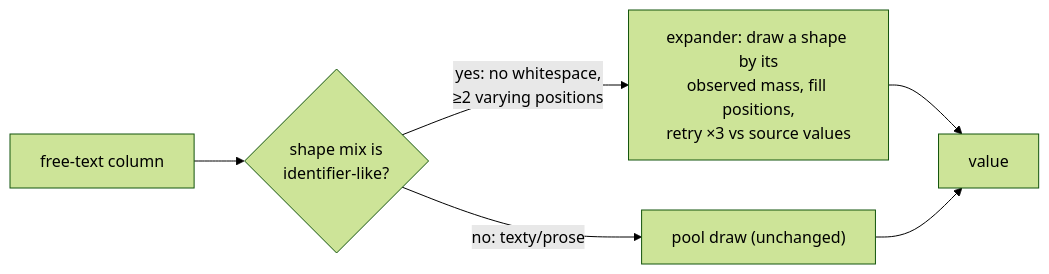
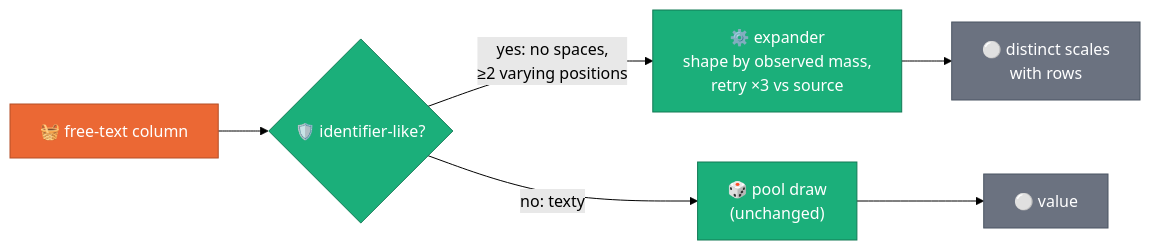
The third of 5 diagrams in docs/designs/2026-08-05-freetext-expansion-modes.md (albertols/synthetic-llm-dataflow-bigquery), drawn with Mermaid (forest theme) before and after one commit. The commit also changed other lines of this file and 1 other file, not shown here.

First line of the commit message:
docs(designs): iconified, class-styled expansion diagrams + CPU/GPU split per mode

````diff
--- a/docs/designs/2026-08-05-freetext-expansion-modes.md
+++ b/docs/designs/2026-08-05-freetext-expansion-modes.md
@@ -54,8 +71,12 @@
 ```mermaid
 flowchart LR
-  Q[free-text column] --> G{"shape mix is<br/>identifier-like?"}
-  G -- "yes: no whitespace,<br/>≥2 varying positions" --> E["expander: draw a shape by its<br/>observed mass, fill positions,<br/>retry ×3 vs source values"]
-  G -- "no: texty/prose" --> P["pool draw (unchanged)"]
-  E --> V[value]
-  P --> V
+  Q["🧺 free-text column"]:::beam --> G{"🛡️ identifier-like?"}:::cpu
+  G -->|"yes: no spaces,<br/>≥2 varying positions"| E["⚙️ expander<br/>shape by observed mass,<br/>retry ×3 vs source"]:::cpu
+  G -->|"no: texty"| P["🎲 pool draw<br/>(unchanged)"]:::cpu
+  E --> V["⚪ distinct scales<br/>with rows"]:::data
+  P --> W["⚪ value"]:::data
+
+  classDef beam fill:#eb6834,color:#fff,stroke:#b44f26
+  classDef cpu fill:#1baf7a,color:#fff,stroke:#127a55
+  classDef data fill:#6b7280,color:#fff,stroke:#4b5563
 ```
````
